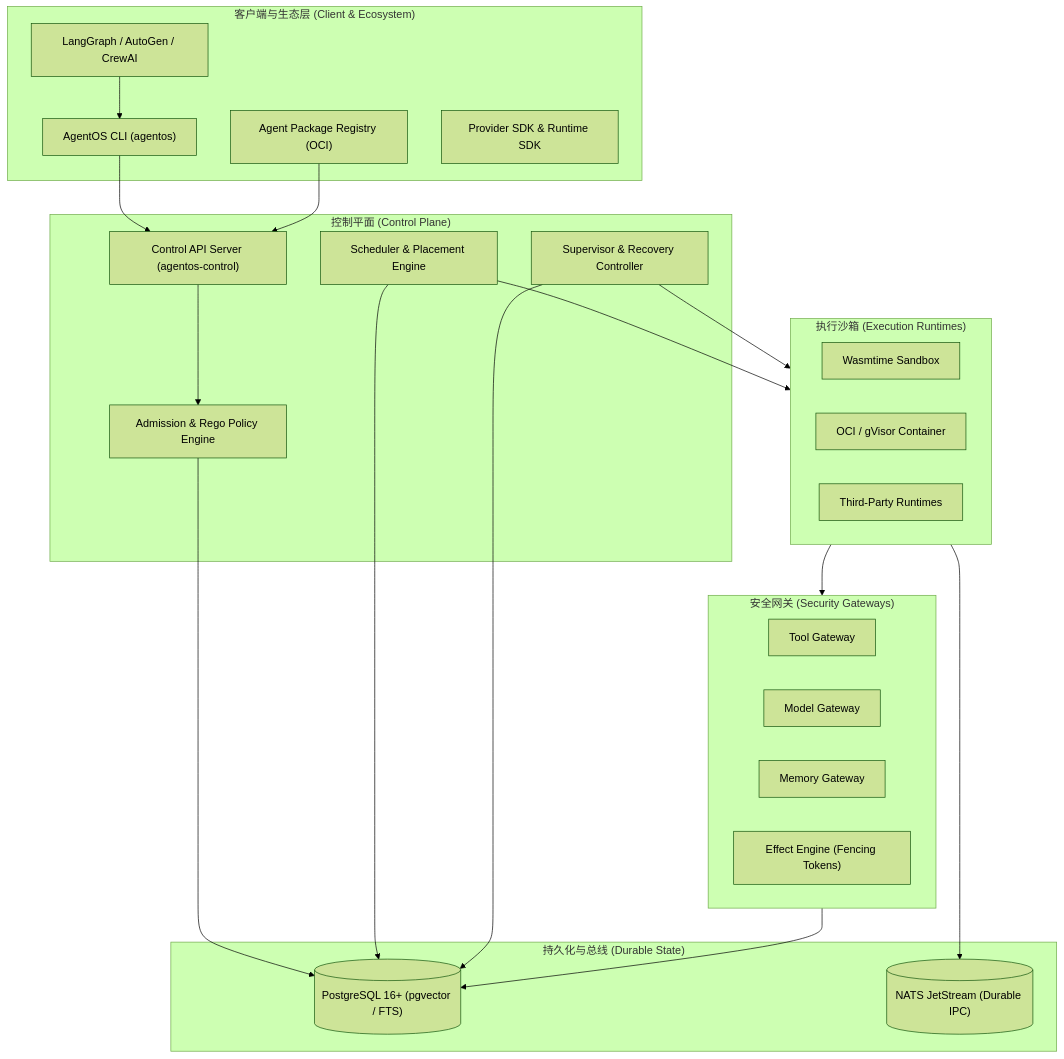
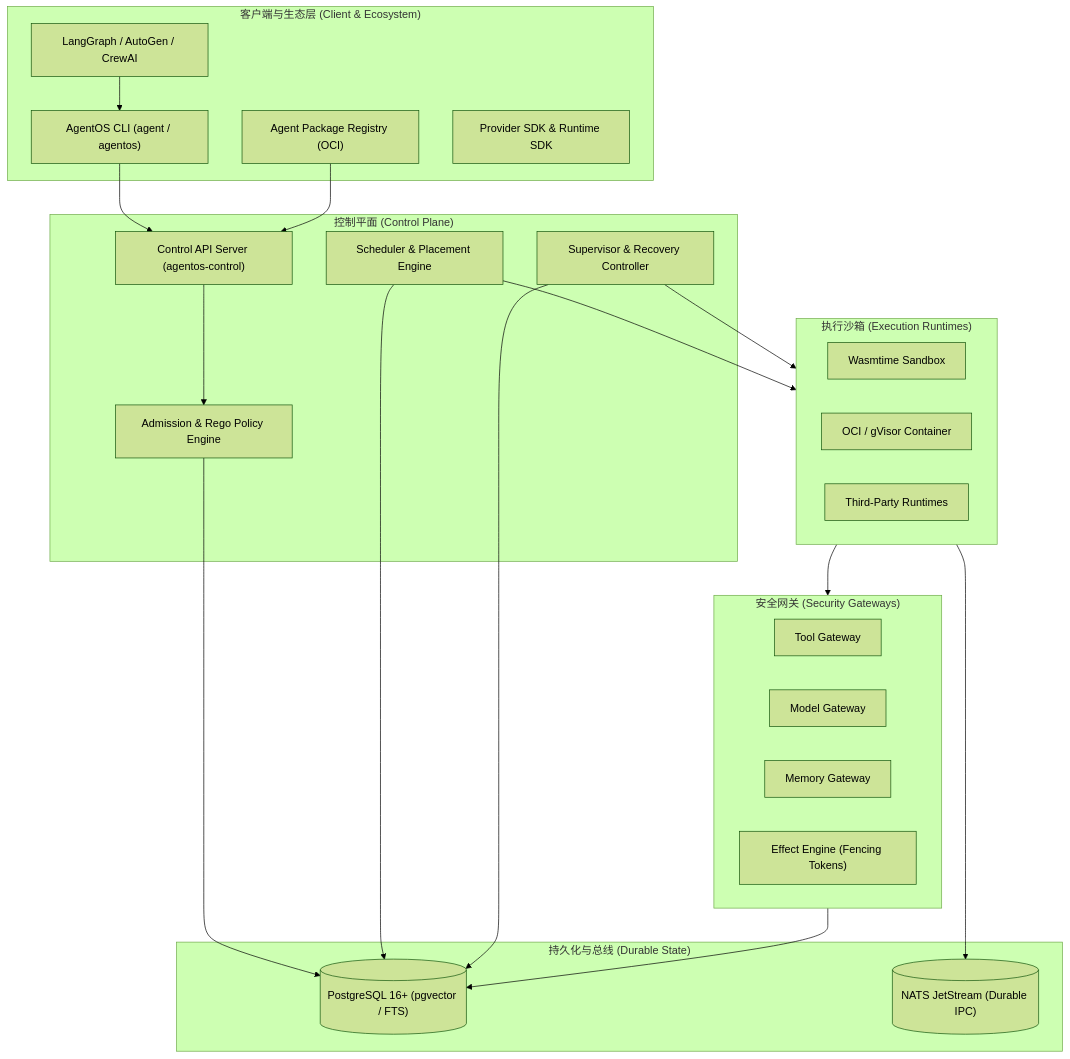
The first of 4 diagrams in docs/user-guide.md (CloudEdgeCore/AgentOS), drawn with Mermaid (forest theme) before and after one commit. The commit also changed other lines of this file and 5 other files, not shown here.

````diff
--- a/docs/user-guide.md
+++ b/docs/user-guide.md
@@ -32,47 +32,47 @@
 ```mermaid
 flowchart TD
     subgraph ClientLayer["客户端与生态层 (Client & Ecosystem)"]
-        CLI["AgentOS CLI (agentos)"]
+        CLI["AgentOS CLI (agent / agentos)"]
         Registry["Agent Package Registry (OCI)"]
         SDK["Provider SDK & Runtime SDK"]
         Frameworks["LangGraph / AutoGen / CrewAI"]
     end
 
     subgraph ControlPlane["控制平面 (Control Plane)"]
         API["Control API Server (agentos-control)"]
         Scheduler["Scheduler & Placement Engine"]
         Supervisor["Supervisor & Recovery Controller"]
         Admission["Admission & Rego Policy Engine"]
     end
 
     subgraph StorageLayer["持久化与总线 (Durable State)"]
         PG[("PostgreSQL 16+ (pgvector / FTS)")]
         NATS[("NATS JetStream (Durable IPC)")]
     end
 
     subgraph Gateways["安全网关 (Security Gateways)"]
         GW_Tool["Tool Gateway"]
         GW_Model["Model Gateway"]
         GW_Memory["Memory Gateway"]
         GW_Effect["Effect Engine (Fencing Tokens)"]
     end
 
     subgraph RuntimeLayer["执行沙箱 (Execution Runtimes)"]
         Wasm["Wasmtime Sandbox"]
         OCI["OCI / gVisor Container"]
         CustomRT["Third-Party Runtimes"]
     end
 
     CLI --> API
     Registry --> API
     Frameworks --> CLI
     API --> Admission
     Admission --> PG
     Scheduler --> PG
     Scheduler --> RuntimeLayer
     Supervisor --> PG
     Supervisor --> RuntimeLayer
     RuntimeLayer --> Gateways
     Gateways --> PG
     RuntimeLayer --> NATS
 ```
````
